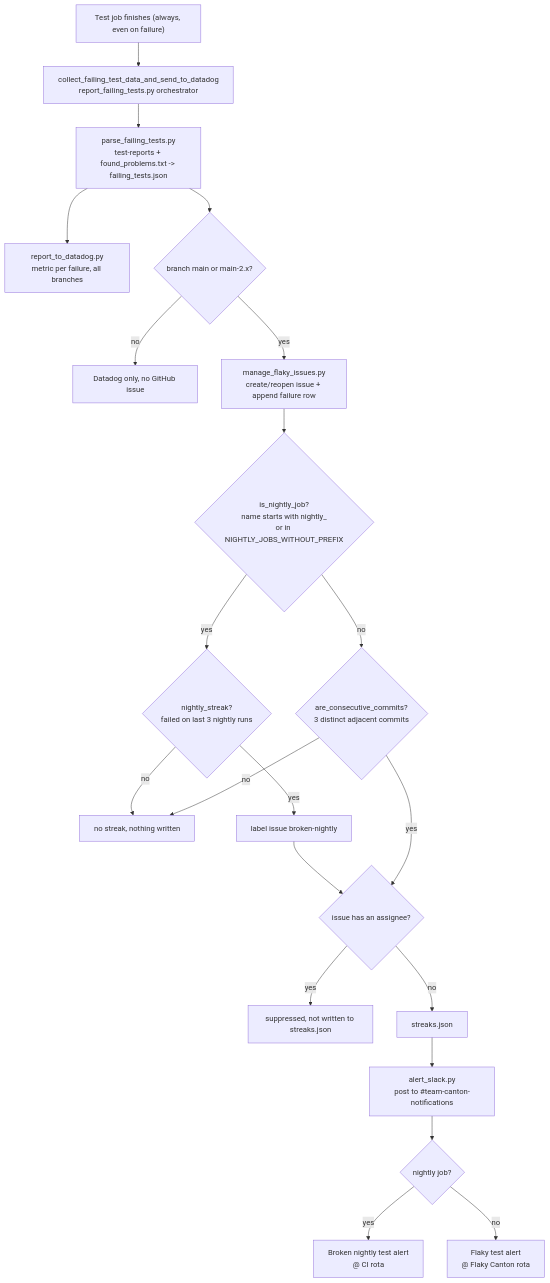
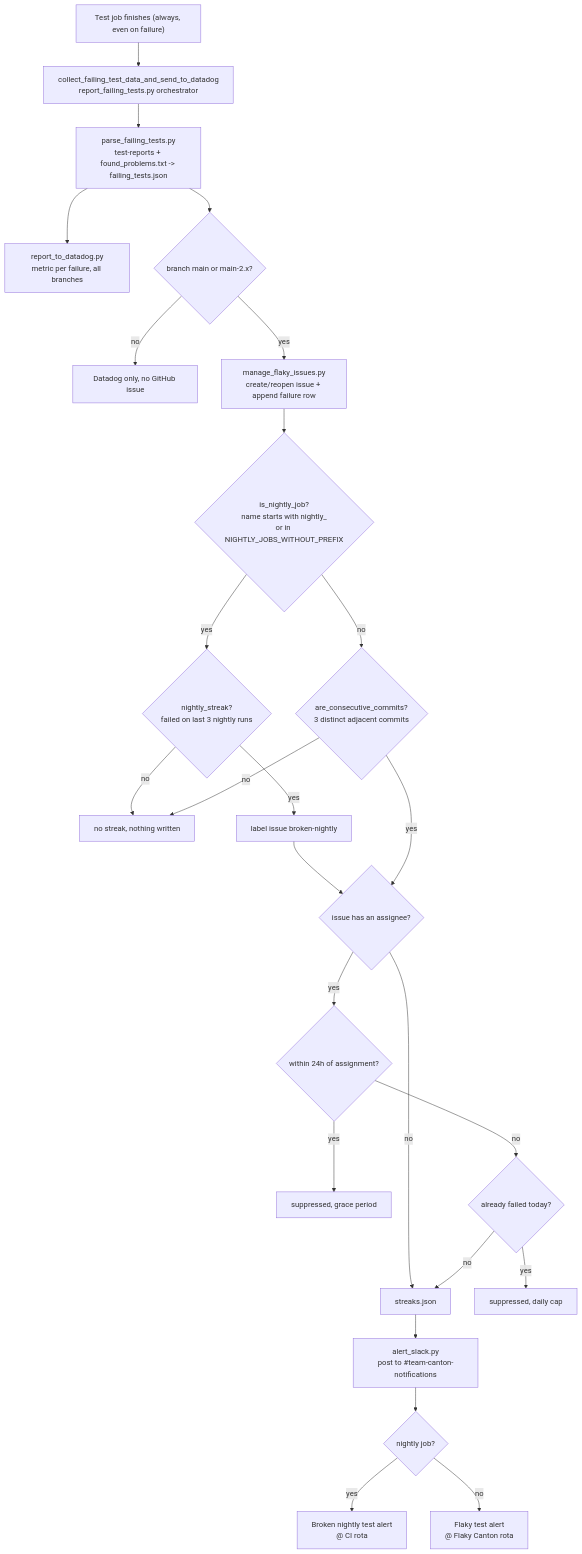
The diagram in scripts/ci/README.md (digital-asset/canton), drawn with Mermaid before and after one commit. The commit also changed other lines of this file and 449 other files, not shown here.

````diff
--- a/scripts/ci/README.md
+++ b/scripts/ci/README.md
@@ -37,26 +37,30 @@
 ```mermaid
 flowchart TD
     A["Test job finishes (always, even on failure)"] --> B["collect_failing_test_data_and_send_to_datadog<br/>report_failing_tests.py orchestrator"]
     B --> C["parse_failing_tests.py<br/>test-reports + found_problems.txt -> failing_tests.json"]
     C --> D["report_to_datadog.py<br/>metric per failure, all branches"]
     C --> E{"branch main or main-2.x?"}
     E -->|no| E1["Datadog only, no GitHub issue"]
     E -->|yes| F["manage_flaky_issues.py<br/>create/reopen issue + append failure row"]
 
     F --> G{"is_nightly_job?<br/>name starts with nightly_<br/>or in NIGHTLY_JOBS_WITHOUT_PREFIX"}
     G -->|yes| H{"nightly_streak?<br/>failed on last 3 nightly runs"}
     G -->|no| I{"are_consecutive_commits?<br/>3 distinct adjacent commits"}
     H -->|no| N["no streak, nothing written"]
     I -->|no| N
     H -->|yes| H1["label issue broken-nightly"]
 
     H1 --> J{"issue has an assignee?"}
     I -->|yes| J
-    J -->|yes| J1["suppressed, not written to streaks.json"]
     J -->|no| K["streaks.json"]
+    J -->|yes| J2{"within 24h of assignment?"}
+    J2 -->|yes| J1["suppressed, grace period"]
+    J2 -->|no| J3{"already failed today?"}
+    J3 -->|yes| J4["suppressed, daily cap"]
+    J3 -->|no| K
 
     K --> L["alert_slack.py<br/>post to #team-canton-notifications"]
     L --> M{"nightly job?"}
     M -->|yes| M1["Broken nightly test alert<br/>@ CI rota"]
     M -->|no| M2["Flaky test alert<br/>@ Flaky Canton rota"]
 ```
````
